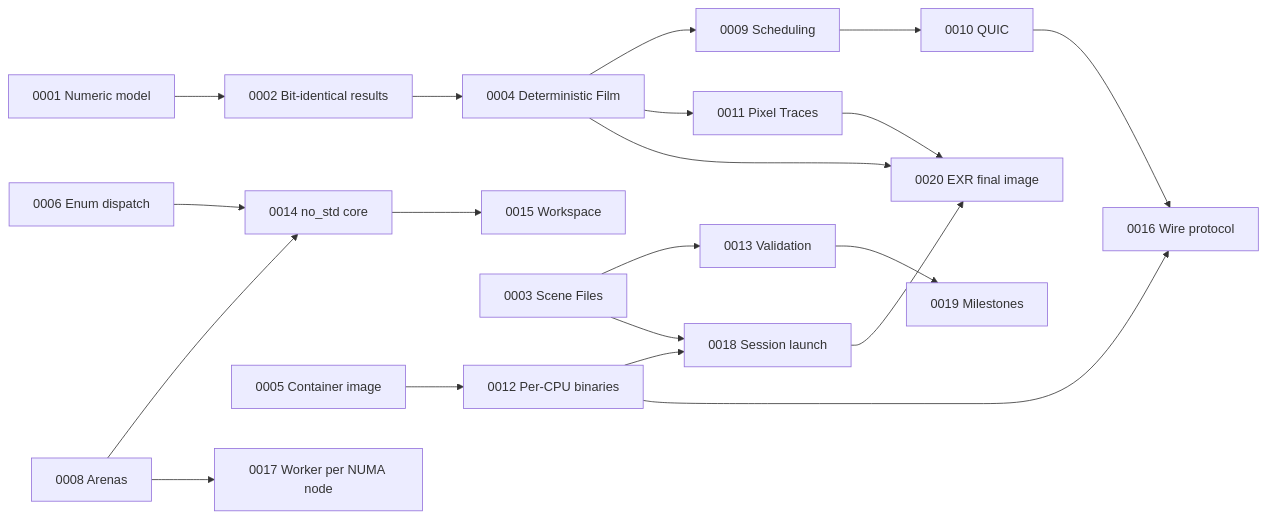
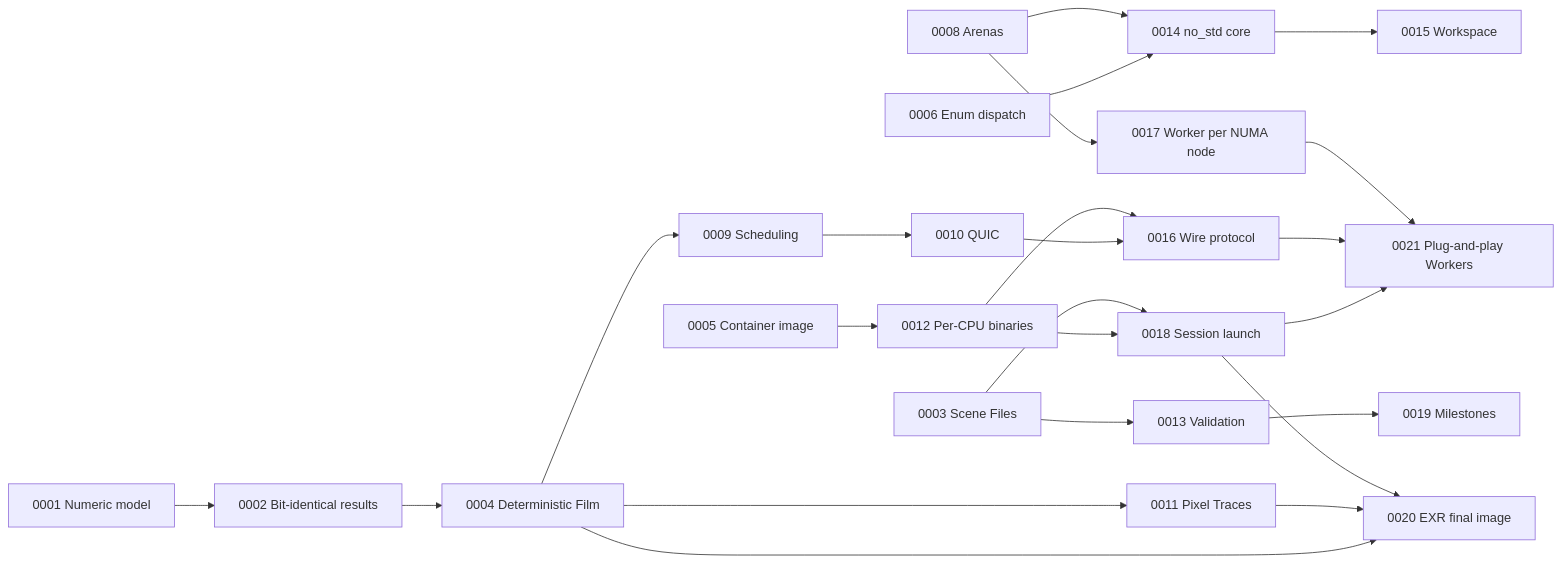
One commit to sergioffpc/umbra changed the diagram in docs/architecture/09-architecture-decisions.md. Above: the diagram before and after it, drawn with Mermaid. The commit also changed other lines of this file and 17 other files, not shown here.

First line of the commit message:
docs: replace the launch script with plug-and-play workers

````diff
--- a/docs/architecture/09-architecture-decisions.md
+++ b/docs/architecture/09-architecture-decisions.md
@@ -30,18 +31,20 @@
 ```mermaid
 flowchart LR
     A1["0001 Numeric model"] --> A2["0002 Bit-identical results"] --> A4["0004 Deterministic Film"]
     A4 --> A9["0009 Scheduling"]
     A4 --> A11["0011 Pixel Traces"]
     A9 --> A10["0010 QUIC"] --> A16["0016 Wire protocol"]
     A6["0006 Enum dispatch"] --> A14["0014 no_std core"]
     A8["0008 Arenas"] --> A14
     A14 --> A15["0015 Workspace"]
     A3["0003 Scene Files"] --> A13["0013 Validation"] --> A19["0019 Milestones"]
-    A5["0005 Container image"] --> A12["0012 Per-CPU binaries"] --> A18["0018 Session launch"]
+    A5["0005 Container image"] --> A12["0012 Per-CPU binaries"] --> A18["0018 Session launch"] --> A21["0021 Plug-and-play Workers"]
     A12 --> A16
     A8 --> A17["0017 Worker per NUMA node"]
     A3 --> A18
     A4 --> A20["0020 EXR final image"]
     A11 --> A20
     A18 --> A20
+    A16 --> A21
+    A17 --> A21
 ```
````
